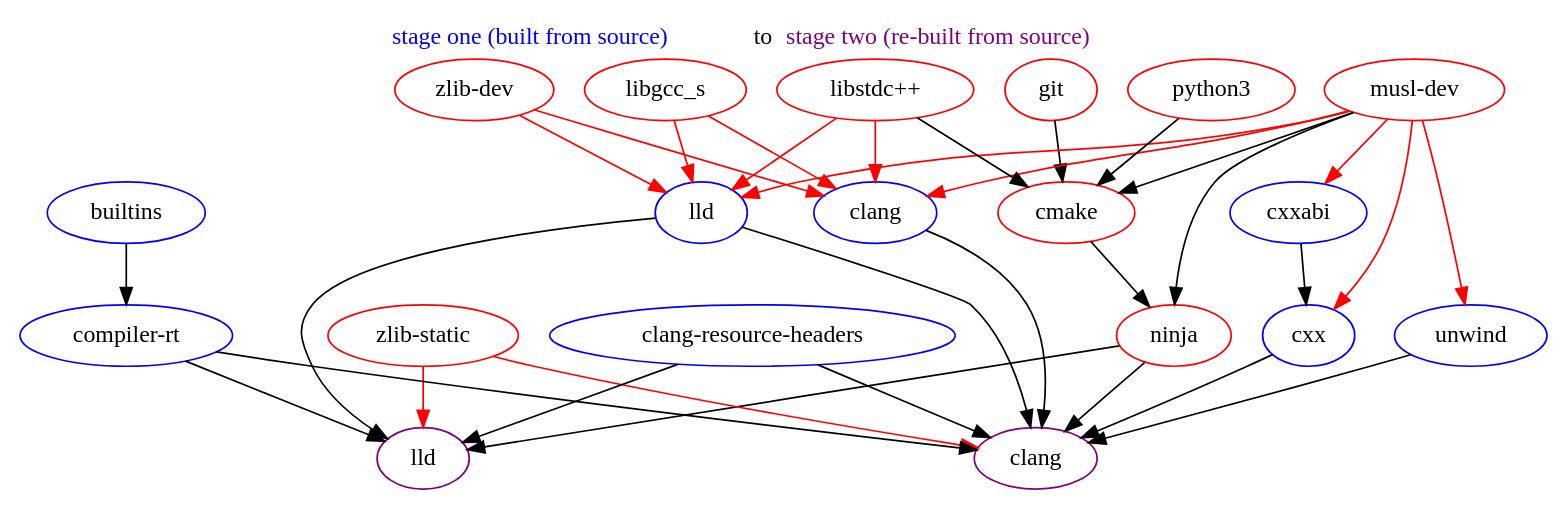
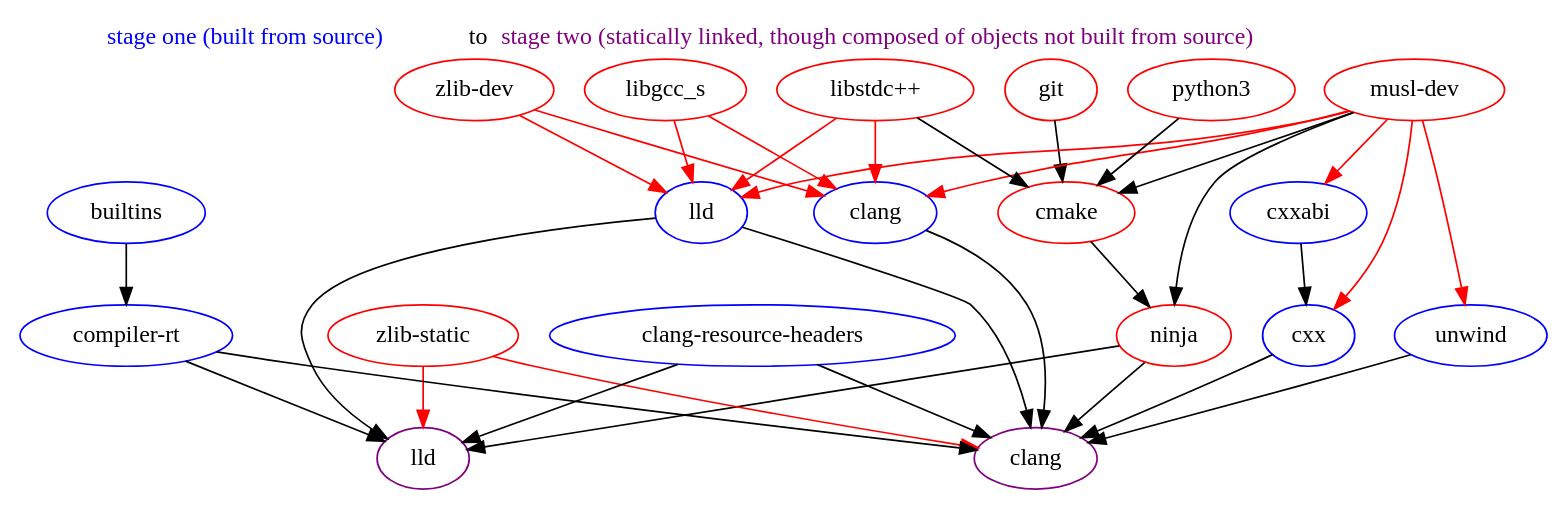
One commit to ClangBuiltLinux/containers changed the diagram in llvm-project/stage2.dot. Above: the diagram before and after it, drawn with Graphviz. The commit also changed 1 other file, not shown here.

Commit message:
update title about stage2 in dot file

```diff
--- a/llvm-project/stage2.dot
+++ b/llvm-project/stage2.dot
@@ -1,58 +1,58 @@
 digraph {
-  label=<<FONT COLOR="blue">stage one (built from source) </FONT>to <FONT COLOR="purple">stage two (re-built from source)</FONT>>
+  label=<<FONT COLOR="blue">stage one (built from source) </FONT>to <FONT COLOR="purple">stage two (statically linked, though composed of objects not built from source)</FONT>>
   labelloc=t
   // inputs
   stage_zero_cmake [label="cmake",color=red]
   stage_zero_gcc [label="libgcc_s",color=red]
   stage_zero_git [label="git",color=red]
   stage_zero_musl [label="musl-dev",color=red]
   stage_zero_ninja [label="ninja",color=red]
   stage_zero_python [label="python3",color=red]
   stage_zero_stdcxx [label="libstdc++",color=red]
   stage_zero_zlib [label="zlib-dev",color=red]
   stage_zero_zlib_s [label="zlib-static",color=red]
   stage_one_builtins [label="builtins",color=blue]
   stage_one_clang [label="clang",color=blue]
   stage_one_cxx [label="cxx",color=blue]
   stage_one_cxxabi [label="cxxabi",color=blue]
   stage_one_hdrs [label="clang-resource-headers",color=blue]
   stage_one_lld [label="lld",color=blue]
   stage_one_rtlib [label="compiler-rt",color=blue]
   stage_one_unwind [label="unwind",color=blue]
   // outputs
   stage_two_clang [label="clang",color=purple]
   stage_two_lld [label="lld",color=purple]
   // dependencies (dependee -> dependent; dependent depends on dependee)
   stage_one_builtins -> stage_one_rtlib
   stage_one_clang -> stage_two_clang
   stage_one_cxx -> stage_two_clang
   stage_one_cxxabi -> stage_one_cxx
   stage_one_hdrs -> stage_two_clang
   stage_one_hdrs -> stage_two_lld
   stage_one_lld -> stage_two_clang
   stage_one_lld -> stage_two_lld
   stage_one_rtlib -> stage_two_clang
   stage_one_rtlib -> stage_two_lld
   stage_one_unwind -> stage_two_clang
   stage_zero_cmake -> stage_zero_ninja
   stage_zero_gcc -> stage_one_clang [color=red]
   stage_zero_gcc -> stage_one_lld [color=red]
   stage_zero_git -> stage_zero_cmake
   stage_zero_musl -> stage_one_clang [color=red]
   stage_zero_musl -> stage_one_cxx [color=red]
   stage_zero_musl -> stage_one_cxxabi [color=red]
   stage_zero_musl -> stage_one_lld [color=red]
   stage_zero_musl -> stage_one_unwind [color=red]
   stage_zero_musl -> stage_zero_cmake
   stage_zero_musl -> stage_zero_ninja
   stage_zero_ninja -> stage_two_clang
   stage_zero_ninja -> stage_two_lld
   stage_zero_python -> stage_zero_cmake
   stage_zero_stdcxx -> stage_one_clang [color=red]
   stage_zero_stdcxx -> stage_one_lld [color=red]
   stage_zero_stdcxx -> stage_zero_cmake
   stage_zero_zlib -> stage_one_clang [color=red]
   stage_zero_zlib -> stage_one_lld [color=red]
   stage_zero_zlib_s -> stage_two_clang [color=red]
   stage_zero_zlib_s -> stage_two_lld [color=red]
 }
```
